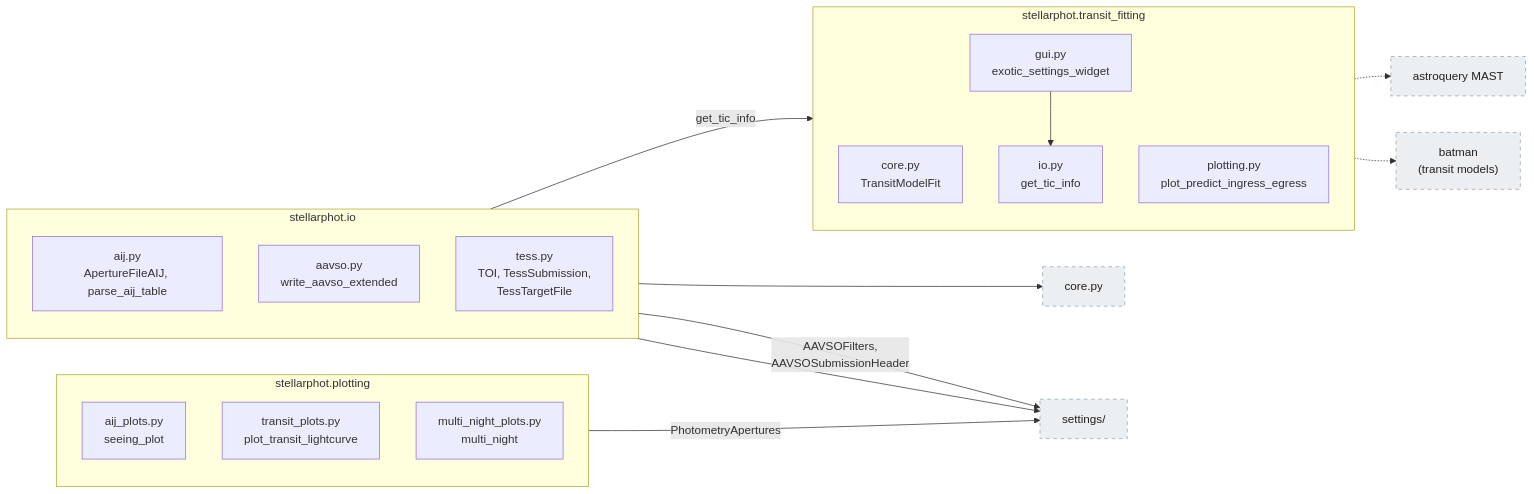
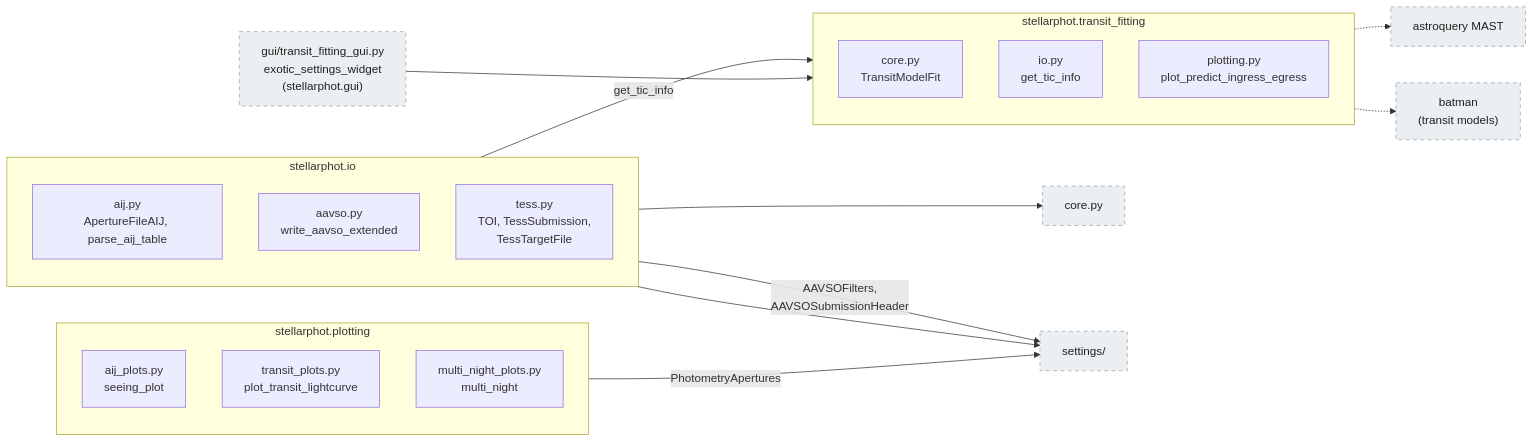
Before and after one commit to feder-observatory/stellarphot: the fifth of 5 diagrams in docs/diagrams-01-package-overview.md, drawn with Mermaid. The commit also changed other lines of this file and 3 other files, not shown here.

First line of the commit message:
Update architecture diagrams for the stellarphot.gui move + [gui] extra

````diff
--- a/docs/diagrams-01-package-overview.md
+++ b/docs/diagrams-01-package-overview.md
@@ -355,51 +356,52 @@
 ```mermaid
 flowchart LR
     classDef external fill:#eceff1,stroke:#90a4ae,stroke-dasharray: 5 5,color:#212121
 
     subgraph sg_io["stellarphot.io"]
         direction TB
         aij_py["aij.py<br/>ApertureFileAIJ, parse_aij_table"]
         aavso_py["aavso.py<br/>write_aavso_extended"]
         tess_py["tess.py<br/>TOI, TessSubmission,<br/>TessTargetFile"]
     end
 
     subgraph sg_tf["stellarphot.transit_fitting"]
         direction TB
         tf_core["core.py<br/>TransitModelFit"]
-        tf_gui["gui.py<br/>exotic_settings_widget"]
         tf_io["io.py<br/>get_tic_info"]
         tf_plot["plotting.py<br/>plot_predict_ingress_egress"]
     end
+
+    tf_gui["gui/transit_fitting_gui.py<br/>exotic_settings_widget<br/>(stellarphot.gui)"]:::external
 
     subgraph sg_plot["stellarphot.plotting"]
         direction TB
         aijplots_py["aij_plots.py<br/>seeing_plot"]
         transitplots_py["transit_plots.py<br/>plot_transit_lightcurve"]
         multinight_py["multi_night_plots.py<br/>multi_night"]
     end
 
     core_ext["core.py"]:::external
     settings_ext["settings/"]:::external
     batman_ext["batman<br/>(transit models)"]:::external
     mast_ext["astroquery MAST"]:::external
 
     tess_py -->|"get_tic_info"| tf_io
     tess_py --> core_ext
     tess_py --> settings_ext
     aavso_py -->|"AAVSOFilters,<br/>AAVSOSubmissionHeader"| settings_ext
     tf_gui --> tf_io
     tf_io -.-> mast_ext
     tf_core -.-> batman_ext
     aijplots_py -->|"PhotometryApertures"| settings_ext
 
     click aij_py href "../stellarphot/io/aij.py" "io/aij.py"
     click aavso_py href "../stellarphot/io/aavso.py" "io/aavso.py"
     click tess_py href "../stellarphot/io/tess.py" "io/tess.py"
     click tf_core href "../stellarphot/transit_fitting/core.py" "transit_fitting/core.py"
-    click tf_gui href "../stellarphot/transit_fitting/gui.py" "transit_fitting/gui.py"
+    click tf_gui href "../stellarphot/gui/transit_fitting_gui.py" "gui/transit_fitting_gui.py"
     click tf_io href "../stellarphot/transit_fitting/io.py" "transit_fitting/io.py"
     click tf_plot href "../stellarphot/transit_fitting/plotting.py" "transit_fitting/plotting.py"
     click aijplots_py href "../stellarphot/plotting/aij_plots.py" "plotting/aij_plots.py"
     click transitplots_py href "../stellarphot/plotting/transit_plots.py" "plotting/transit_plots.py"
     click multinight_py href "../stellarphot/plotting/multi_night_plots.py" "plotting/multi_night_plots.py"
 ```
````
